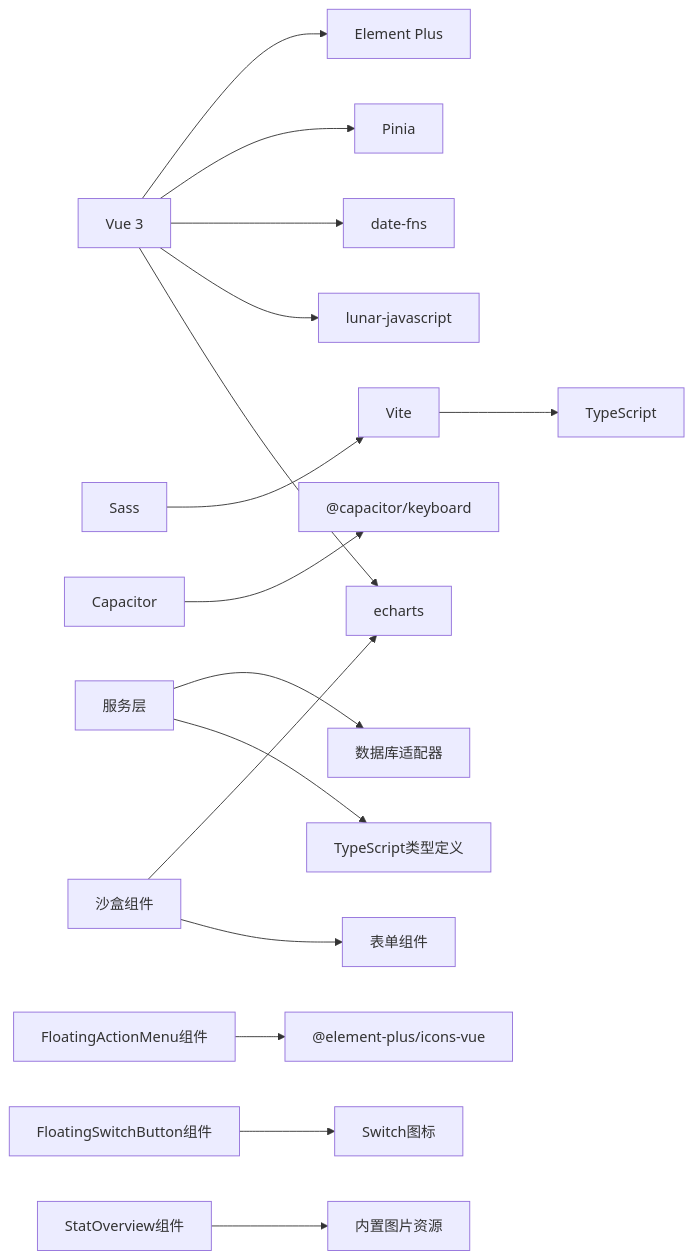
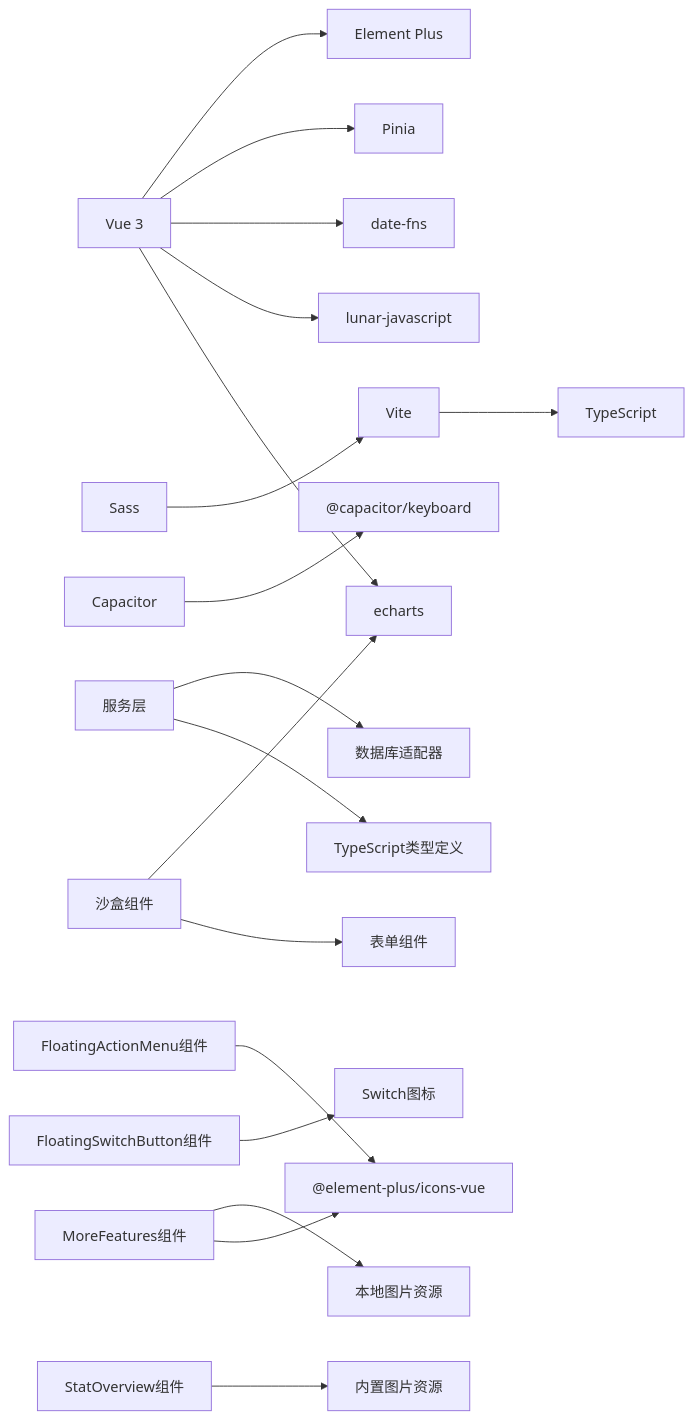
One commit to xiao-lin-unit/yuan changed diagram 20 of 20 in .qoder/repowiki/zh/content/UI组件/UI组件.md. Above: the diagram before and after it, drawn with Mermaid. The commit also changed other lines of this file and 11 other files, not shown here.

````diff
--- a/.qoder/repowiki/zh/content/UI组件/UI组件.md
+++ b/.qoder/repowiki/zh/content/UI组件/UI组件.md
@@ -1220,18 +1320,20 @@
 ```mermaid
 graph LR
 VUE["Vue 3"] --> EP["Element Plus"]
 VUE --> PINIA["Pinia"]
 VUE --> DATEFNS["date-fns"]
 VUE --> LUNAR["lunar-javascript"]
 VUE --> ECHARTS["echarts"]
 VITE["Vite"] --> TS["TypeScript"]
 SASS["Sass"] --> VITE
 CAP["Capacitor"] --> KEYBOARD["@capacitor/keyboard"]
 SERVICE["服务层"] --> DB["数据库适配器"]
 SERVICE --> TYPES["TypeScript类型定义"]
 FAM["FloatingActionMenu组件"] --> ICONS["@element-plus/icons-vue"]
 FSB["FloatingSwitchButton组件"] --> SWITCH["Switch图标"]
+MF["MoreFeatures组件"] --> LOCALIMAGES["本地图片资源"]
+MF --> ICONS
 SANDBOX["沙盒组件"] --> ECHARTS
 SANDBOX --> FORM["表单组件"]
 STATOVERVIEW["StatOverview组件"] --> IMG["内置图片资源"]
 ```
````
